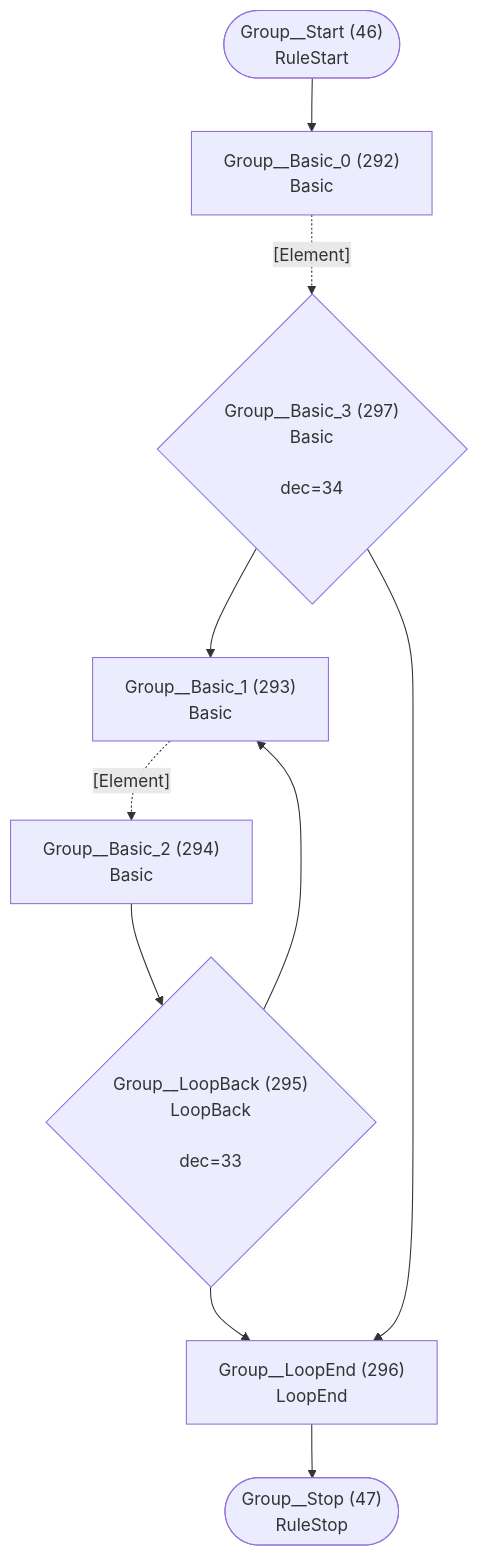
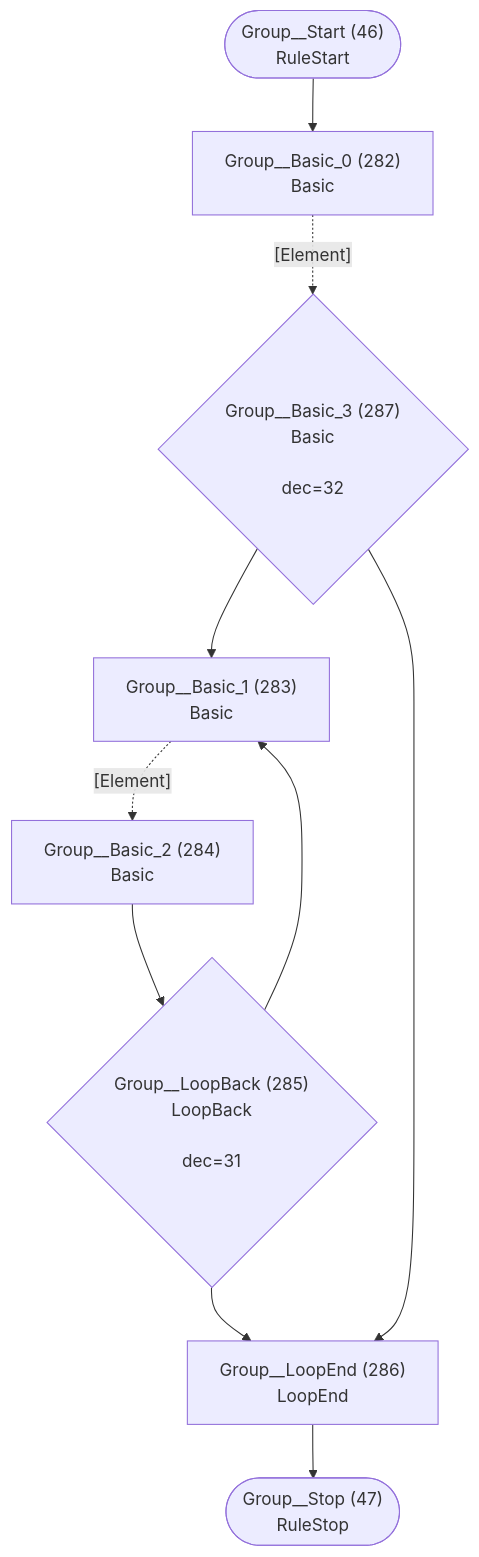
Diagram 24 of 40 in internal/grammar/atn.md (TypeFox/fastbelt), drawn with Mermaid before and after one commit. The commit also changed other lines of this file and 145 other files, not shown here.

````diff
--- a/internal/grammar/atn.md
+++ b/internal/grammar/atn.md
@@ -705,21 +683,21 @@
 ```mermaid
 flowchart TD
     q46(["Group__Start (46)<br/>RuleStart"])
     q47(["Group__Stop (47)<br/>RuleStop"])
-    q292["Group__Basic_0 (292)<br/>Basic<br/>"]
-    q293["Group__Basic_1 (293)<br/>Basic<br/>"]
-    q294["Group__Basic_2 (294)<br/>Basic<br/>"]
-    q295{"Group__LoopBack (295)<br/>LoopBack<br/><br/>dec=33"}
-    q296["Group__LoopEnd (296)<br/>LoopEnd<br/>"]
-    q297{"Group__Basic_3 (297)<br/>Basic<br/><br/>dec=34"}
+    q282["Group__Basic_0 (282)<br/>Basic<br/>"]
+    q283["Group__Basic_1 (283)<br/>Basic<br/>"]
+    q284["Group__Basic_2 (284)<br/>Basic<br/>"]
+    q285{"Group__LoopBack (285)<br/>LoopBack<br/><br/>dec=31"}
+    q286["Group__LoopEnd (286)<br/>LoopEnd<br/>"]
+    q287{"Group__Basic_3 (287)<br/>Basic<br/><br/>dec=32"}
 
-    q46 --> q292
-    q292 -.->|"[Element]"| q297
-    q293 -.->|"[Element]"| q294
-    q294 --> q295
-    q295 --> q293
-    q295 --> q296
-    q296 --> q47
-    q297 --> q293
-    q297 --> q296
+    q46 --> q282
+    q282 -.->|"[Element]"| q287
+    q283 -.->|"[Element]"| q284
+    q284 --> q285
+    q285 --> q283
+    q285 --> q286
+    q286 --> q47
+    q287 --> q283
+    q287 --> q286
 ```
````
